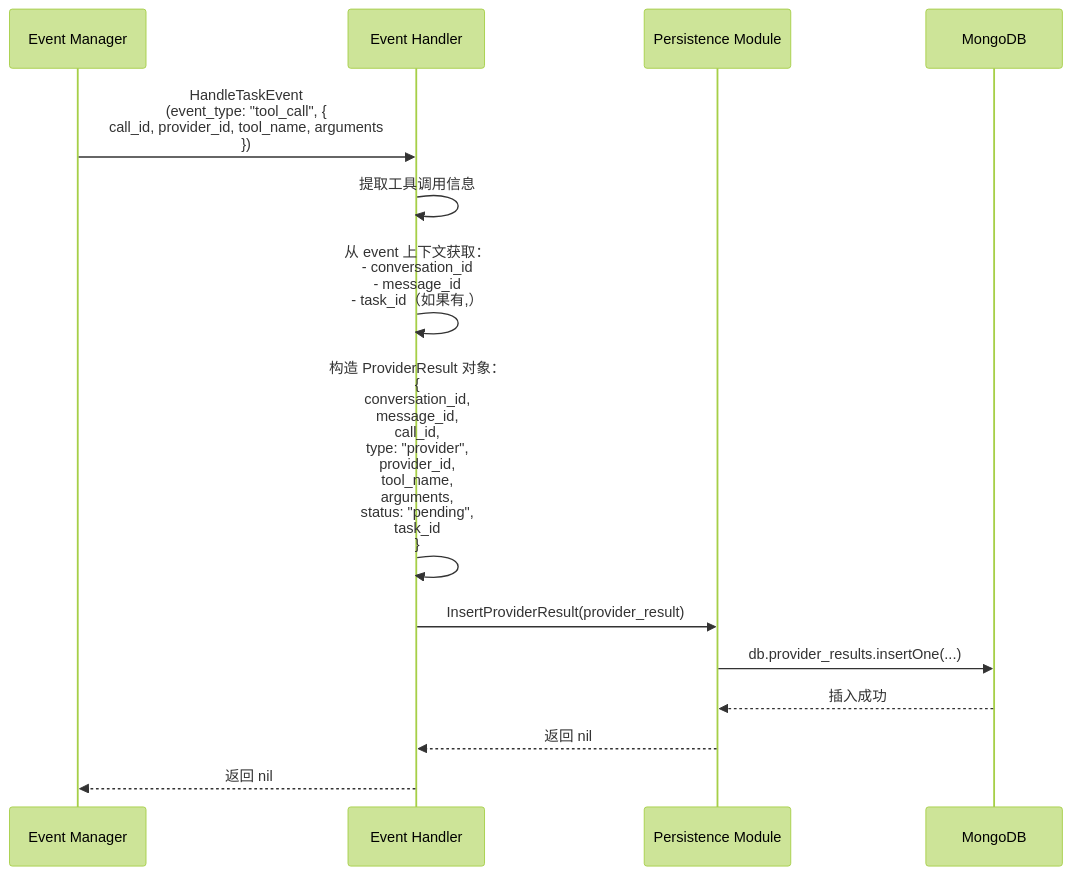
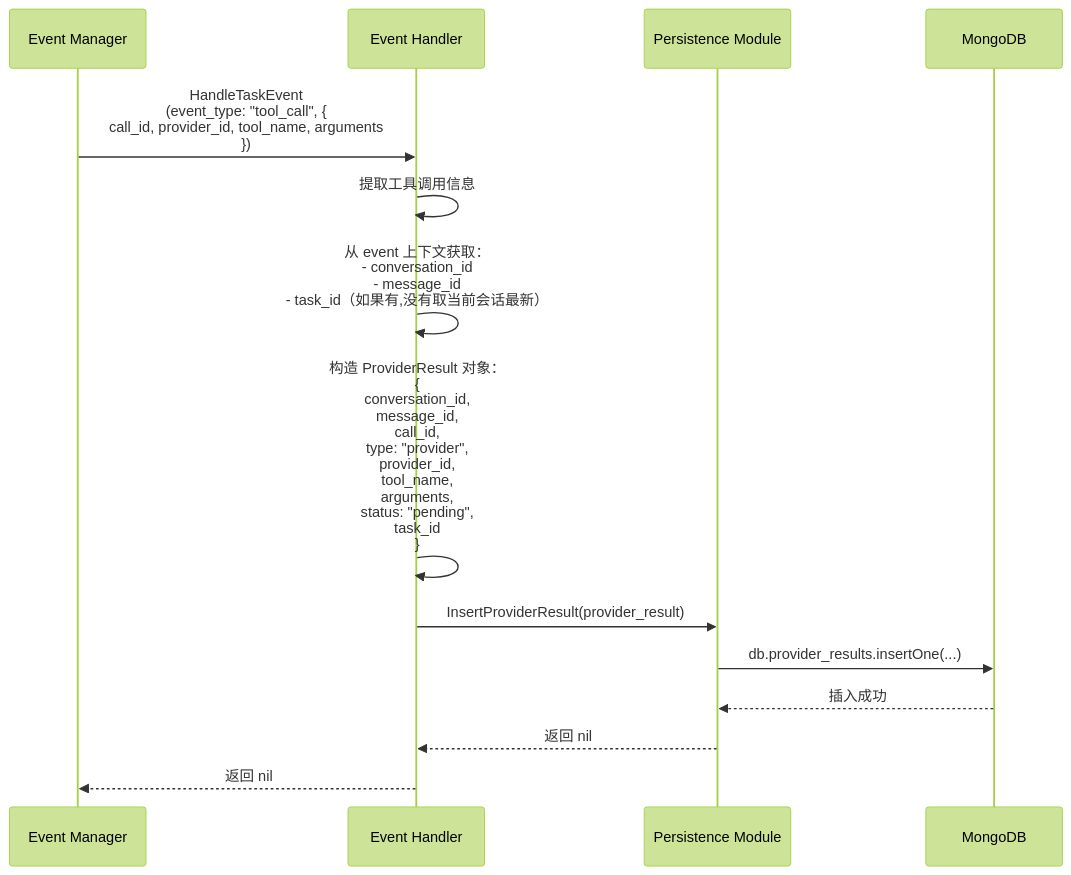
The diagram in all/未命名-10.md (yingjianzh/iodraw-files), drawn with Mermaid (forest theme) before and after one commit.

Commit message:
2025-12-25 11:27:05 update

````diff
--- a/all/未命名-10.md
+++ b/all/未命名-10.md
@@ -1,22 +1,22 @@
 ```mermaid
 sequenceDiagram
     participant EM as Event Manager
     participant EH as Event Handler
     participant Persist as Persistence Module
     participant DB as MongoDB
 
     EM->>EH: HandleTaskEvent<br/>(event_type: "tool_call", {<br/>  call_id, provider_id, tool_name, arguments<br/>})
     
     EH->>EH: 提取工具调用信息
     
-    EH->>EH: 从 event 上下文获取：<br/>- conversation_id<br/>- message_id<br/>- task_id（如果有,）
+    EH->>EH: 从 event 上下文获取：<br/>- conversation_id<br/>- message_id<br/>- task_id（如果有,没有取当前会话最新）
     
     EH->>EH: 构造 ProviderResult 对象：<br/>{<br/>  conversation_id,<br/>  message_id,<br/>  call_id,<br/>  type: "provider",<br/>  provider_id,<br/>  tool_name,<br/>  arguments,<br/>  status: "pending",<br/>  task_id<br/>}
     
     EH->>Persist: InsertProviderResult(provider_result)
     Persist->>DB: db.provider_results.insertOne(...)
     DB-->>Persist: 插入成功
     
     Persist-->>EH: 返回 nil
     EH-->>EM: 返回 nil
 ```
````
